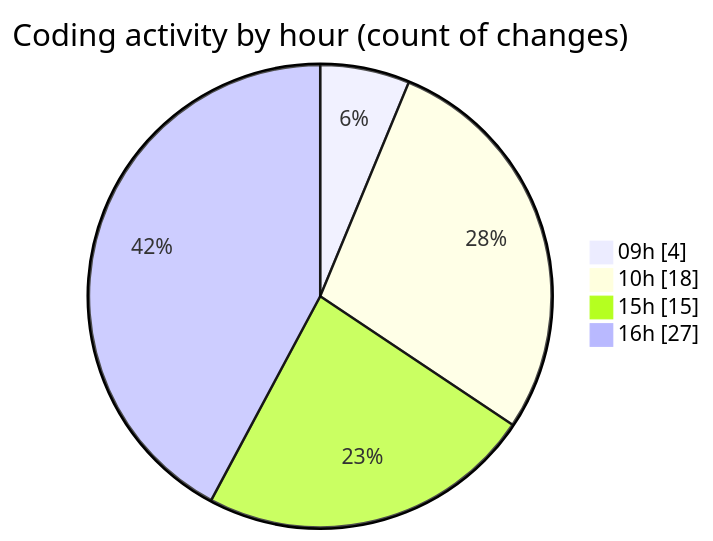
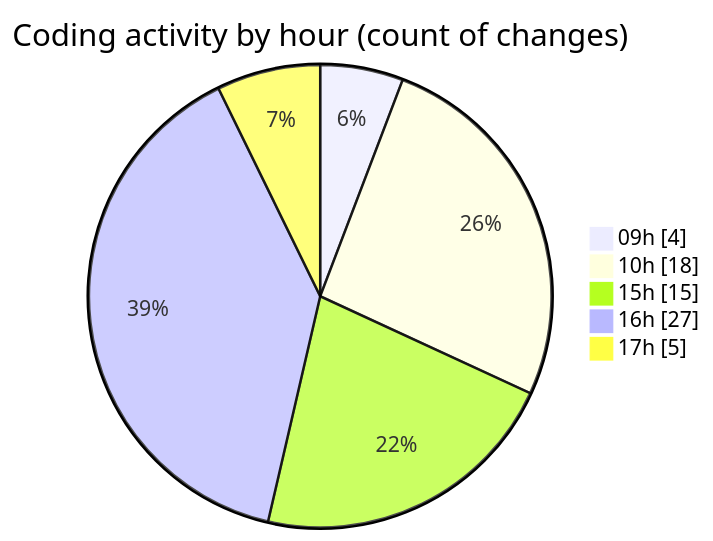
The second of 2 diagrams in 2025-08-20/cda/README.md (momahboobian/code-tracking), drawn with Mermaid before and after one commit. The commit also changed other lines of this file and 1 other file, not shown here.

````diff
--- a/2025-08-20/cda/README.md
+++ b/2025-08-20/cda/README.md
@@ -36,8 +36,9 @@
 ```mermaid
 pie showData
 title Coding activity by hour (count of changes)
 "09h" : 4
 "10h" : 18
 "15h" : 15
 "16h" : 27
+"17h" : 5
 ```
````
